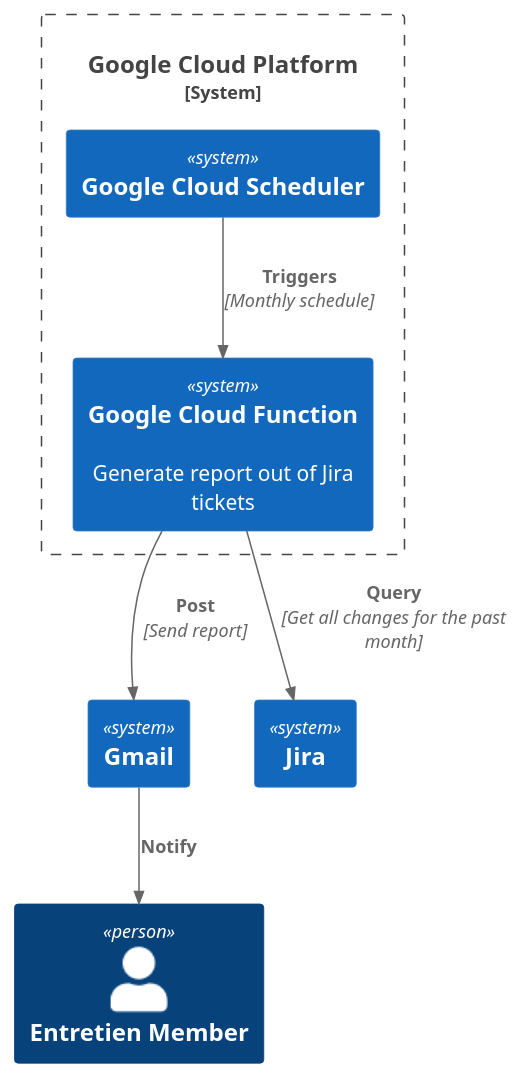
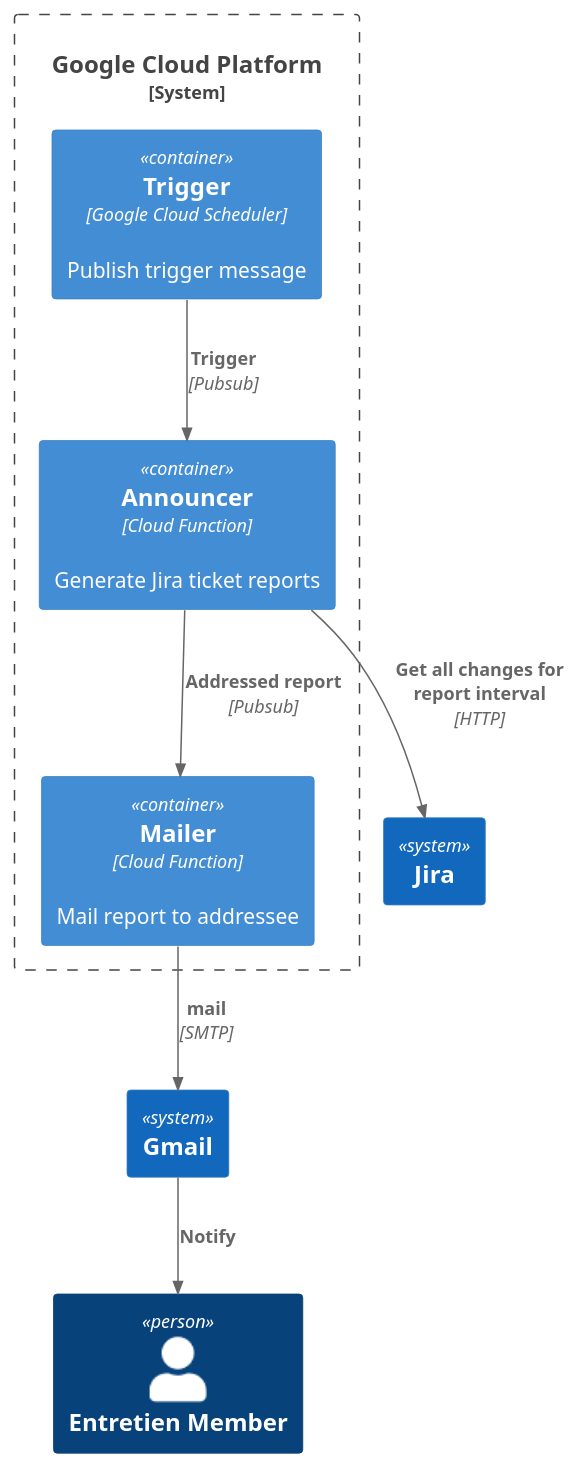
Before and after one commit to frig-neutron/entretien-announce: the diagram in doc/c4-container.puml, drawn with PlantUML. The commit also changed 41 other files, not shown here.

```diff
--- a/doc/c4-container.puml
+++ b/doc/c4-container.puml
@@ -1,16 +1,18 @@
 @startuml C4_Elements
 !include https://raw.githubusercontent.com/plantuml-stdlib/C4-PlantUML/master/C4_Container.puml
 
 Person(entretienStaff, "Entretien Member")
 System(gmail, Gmail)
 System(jira, Jira)
 System_Boundary("gcp", "Google Cloud Platform"){
-  System(gcloudsched, "Google Cloud Scheduler")
-  System(gcf, "Google Cloud Function", "Generate report out of Jira tickets")
+  Container(gcloudsched, "Trigger", "Google Cloud Scheduler", "Publish trigger message")
+  Container(announcer_gcf, "Announcer", "Cloud Function", "Generate Jira ticket reports")
+  Container(mailer_gcf, "Mailer", "Cloud Function", "Mail report to addressee")
 }
 
-Rel(gcloudsched, gcf, "Triggers", "Monthly schedule")
-Rel(gcf, jira, "Query", "Get all changes for the past month")
-Rel(gcf, gmail, "Post", "Send report")
+Rel(gcloudsched, announcer_gcf, "Trigger", "Pubsub")
+Rel(announcer_gcf, jira, "Get all changes for report interval", "HTTP")
+Rel(announcer_gcf, mailer_gcf, "Addressed report", "Pubsub")
+Rel(mailer_gcf, gmail, "mail", "SMTP")
 Rel(gmail, entretienStaff, "Notify")
 @enduml
```
